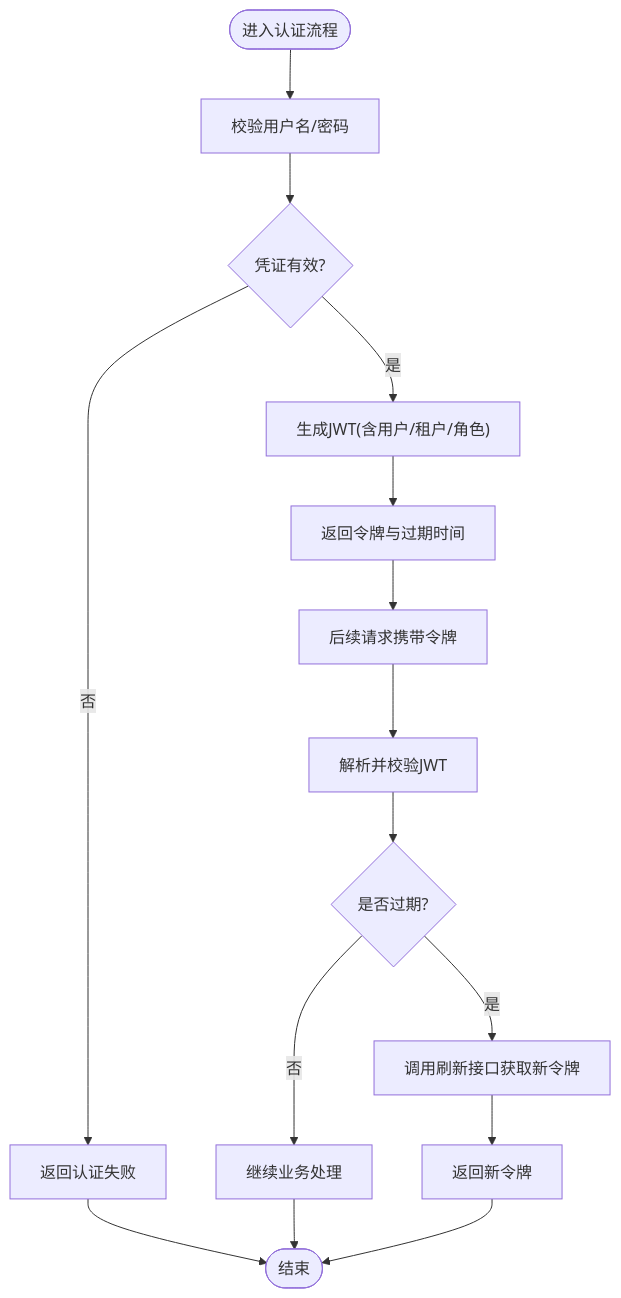
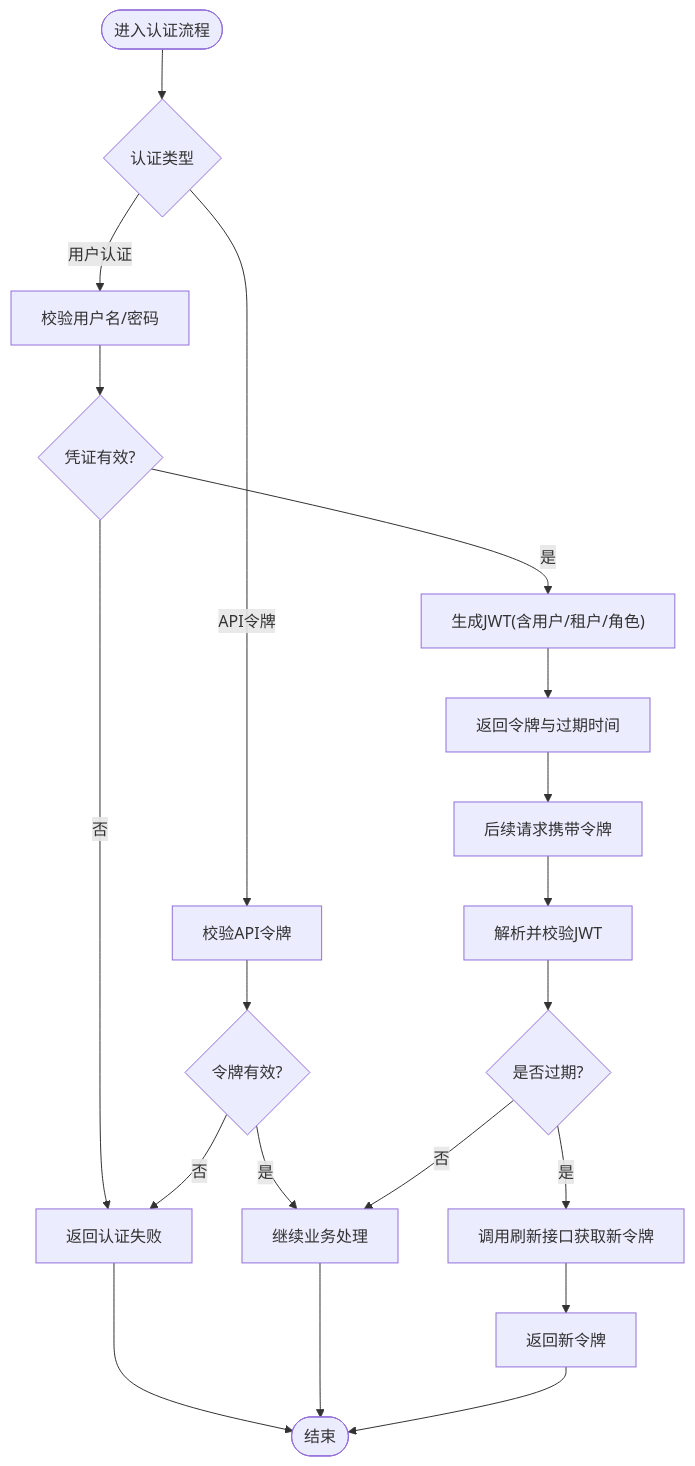
One commit to liming-lihaini/workflow changed the seventh of 14 diagrams in .qoder/repowiki/zh/content/API接口文档/用户认证API.md. Above: the diagram before and after it, drawn with Mermaid. The commit also changed other lines of this file and 45 other files, not shown here.

````diff
--- a/.qoder/repowiki/zh/content/API接口文档/用户认证API.md
+++ b/.qoder/repowiki/zh/content/API接口文档/用户认证API.md
@@ -295,17 +346,22 @@
 ```mermaid
 flowchart TD
-Start(["进入认证流程"]) --> CheckCreds["校验用户名/密码"]
+Start(["进入认证流程"]) --> CheckType{"认证类型"}
+CheckType --> |用户认证| CheckCreds["校验用户名/密码"]
+CheckType --> |API令牌| CheckApiToken["校验API令牌"]
 CheckCreds --> Valid{"凭证有效?"}
 Valid -- "否" --> Err["返回认证失败"]
-Valid -- "是" --> GenToken["生成JWT(含用户/租户/角色)"]
-GenToken --> ReturnToken["返回令牌与过期时间"]
+Valid -- "是" --> GenJwt["生成JWT(含用户/租户/角色)"]
+GenJwt --> ReturnToken["返回令牌与过期时间"]
+CheckApiToken --> ApiValid{"令牌有效?"}
+ApiValid -- "否" --> Err
+ApiValid -- "是" --> Proceed["继续业务处理"]
 ReturnToken --> NextReq["后续请求携带令牌"]
 NextReq --> Validate["解析并校验JWT"]
 Validate --> Expired{"是否过期?"}
 Expired -- "是" --> Refresh["调用刷新接口获取新令牌"]
-Expired -- "否" --> Proceed["继续业务处理"]
+Expired -- "否" --> Proceed
 Refresh --> ReturnNew["返回新令牌"]
 Err --> End(["结束"])
 Proceed --> End
 ReturnNew --> End
 ```
````
